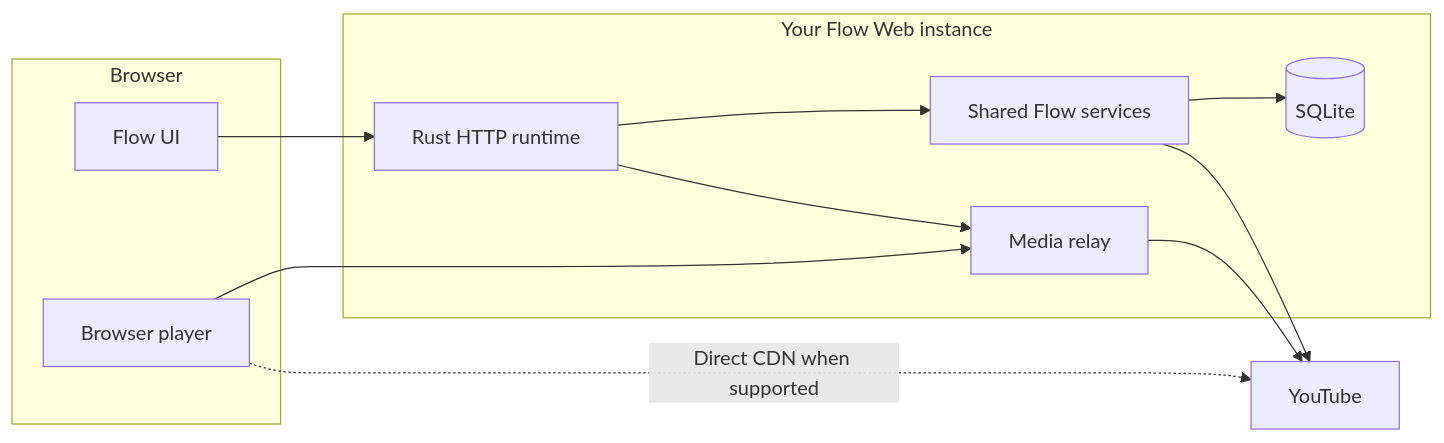
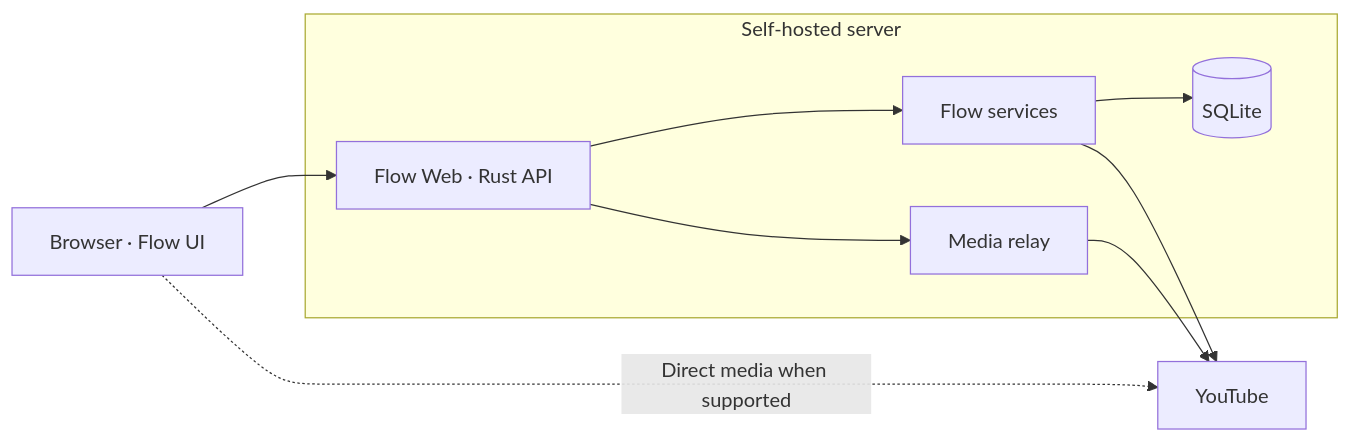
Before and after one commit to Advancefeescam/Flow-Web: the diagram in README.md, drawn with Mermaid. The commit also changed other lines of this file, not shown here.

Commit message:
docs: simplify Flow Web project overview and origin story

````diff
--- a/README.md
+++ b/README.md
@@ -92,21 +80,12 @@
 ```mermaid
 flowchart LR
-    subgraph Client["Browser"]
-        UI["Flow UI"]
-        Player["Browser player"]
+    B["Browser · Flow UI"] --> A["Flow Web · Rust API"]
+    subgraph S["Self-hosted server"]
+        A --> C["Flow services"]
+        C --> D[("SQLite")]
+        A --> P["Media relay"]
     end
-    subgraph Server["Your Flow Web instance"]
-        API["Rust HTTP runtime"]
-        Core["Shared Flow services"]
-        DB[("SQLite")]
-        Proxy["Media relay"]
-        API --> Core
-        Core --> DB
-        API --> Proxy
-    end
-    UI --> API
-    Player --> Proxy
-    Core --> Y["YouTube"]
-    Proxy --> Y
-    Player -. "Direct CDN when supported" .-> Y
+    C --> Y["YouTube"]
+    P --> Y
+    B -. "Direct media when supported" .-> Y
 ```
````
